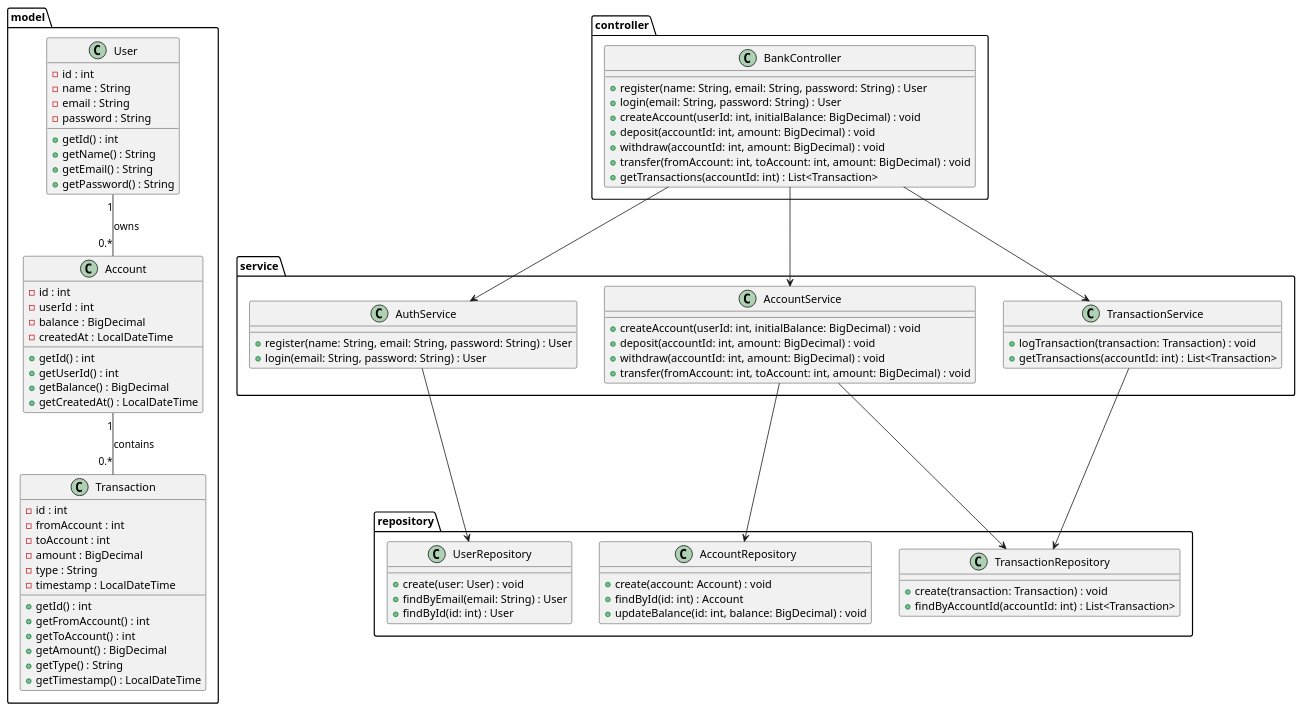
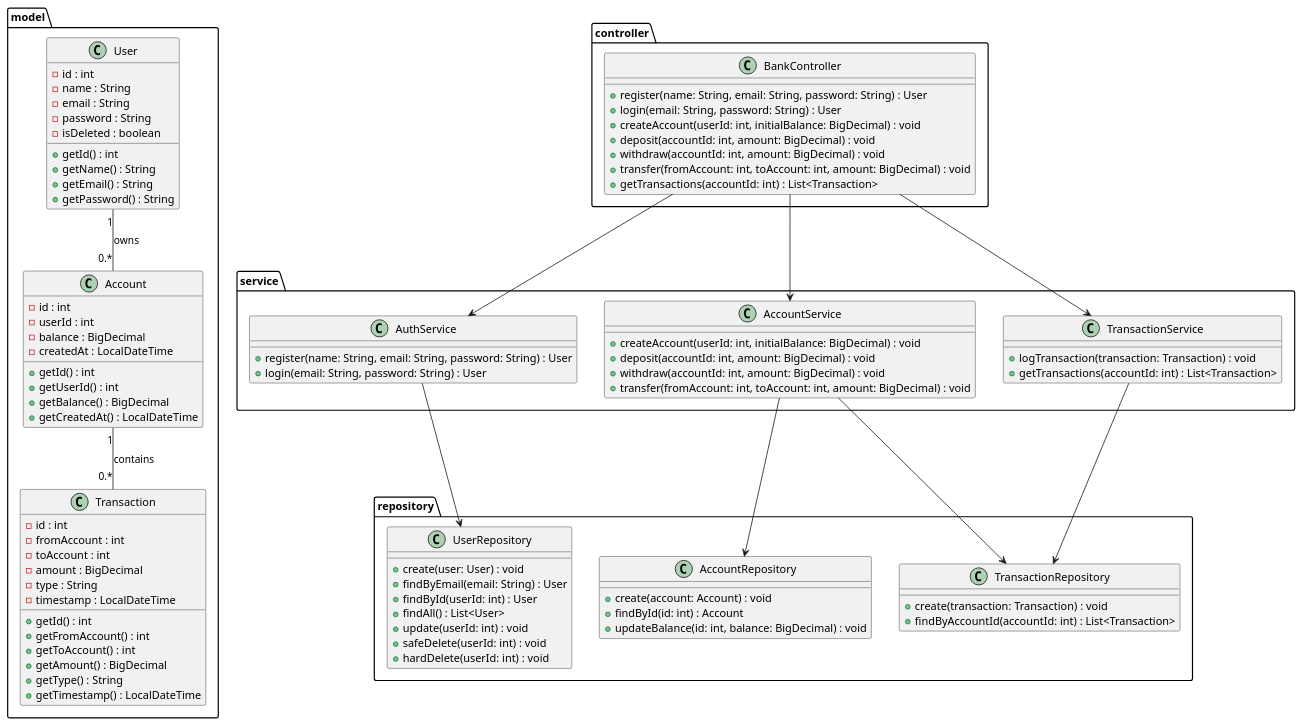
Before and after one commit to Yusuf-Taha-Akyol/BankManagementSystem: the diagram in docs/uml/bank-management-system.puml, drawn with PlantUML. The commit also changed 5 other files, not shown here.

```diff
--- a/docs/uml/bank-management-system.puml
+++ b/docs/uml/bank-management-system.puml
@@ -1,104 +1,109 @@
 @startuml
 
 package model {
     class User {
         - id : int
         - name : String
         - email : String
         - password : String
+	- isDeleted : boolean
         + getId() : int
         + getName() : String
         + getEmail() : String
         + getPassword() : String
     }
 
     class Account {
         - id : int
         - userId : int
         - balance : BigDecimal
         - createdAt : LocalDateTime
         + getId() : int
         + getUserId() : int
         + getBalance() : BigDecimal
         + getCreatedAt() : LocalDateTime
     }
 
     class Transaction {
         - id : int
         - fromAccount : int
         - toAccount : int
         - amount : BigDecimal
         - type : String
         - timestamp : LocalDateTime
         + getId() : int
         + getFromAccount() : int
         + getToAccount() : int
         + getAmount() : BigDecimal
         + getType() : String
         + getTimestamp() : LocalDateTime
     }
 }
 
 package repository {
     class UserRepository {
         + create(user: User) : void
         + findByEmail(email: String) : User
-        + findById(id: int) : User
+        + findById(userId: int) : User
+	+ findAll() : List<User>
+	+ update(userId: int) : void
+	+ safeDelete(userId: int) : void
+	+ hardDelete(userId: int) : void
     }
 
     class AccountRepository {
         + create(account: Account) : void
         + findById(id: int) : Account
         + updateBalance(id: int, balance: BigDecimal) : void
     }
 
     class TransactionRepository {
         + create(transaction: Transaction) : void
         + findByAccountId(accountId: int) : List<Transaction>
     }
 }
 
 package service {
     class AuthService {
         + register(name: String, email: String, password: String) : User
         + login(email: String, password: String) : User
     }
 
     class AccountService {
         + createAccount(userId: int, initialBalance: BigDecimal) : void
         + deposit(accountId: int, amount: BigDecimal) : void
         + withdraw(accountId: int, amount: BigDecimal) : void
         + transfer(fromAccount: int, toAccount: int, amount: BigDecimal) : void
     }
 
     class TransactionService {
         + logTransaction(transaction: Transaction) : void
         + getTransactions(accountId: int) : List<Transaction>
     }
 }
 
 package controller {
     class BankController {
         + register(name: String, email: String, password: String) : User
         + login(email: String, password: String) : User
         + createAccount(userId: int, initialBalance: BigDecimal) : void
         + deposit(accountId: int, amount: BigDecimal) : void
         + withdraw(accountId: int, amount: BigDecimal) : void
         + transfer(fromAccount: int, toAccount: int, amount: BigDecimal) : void
         + getTransactions(accountId: int) : List<Transaction>
     }
 }
 
 User "1" -- "0.*" Account : owns
 Account "1" -- "0.*" Transaction : contains
 
 BankController --> AuthService
 BankController --> AccountService
 BankController --> TransactionService
 
 AuthService --> UserRepository
 AccountService --> AccountRepository
 AccountService --> TransactionRepository
 TransactionService --> TransactionRepository
 
 @enduml
```
